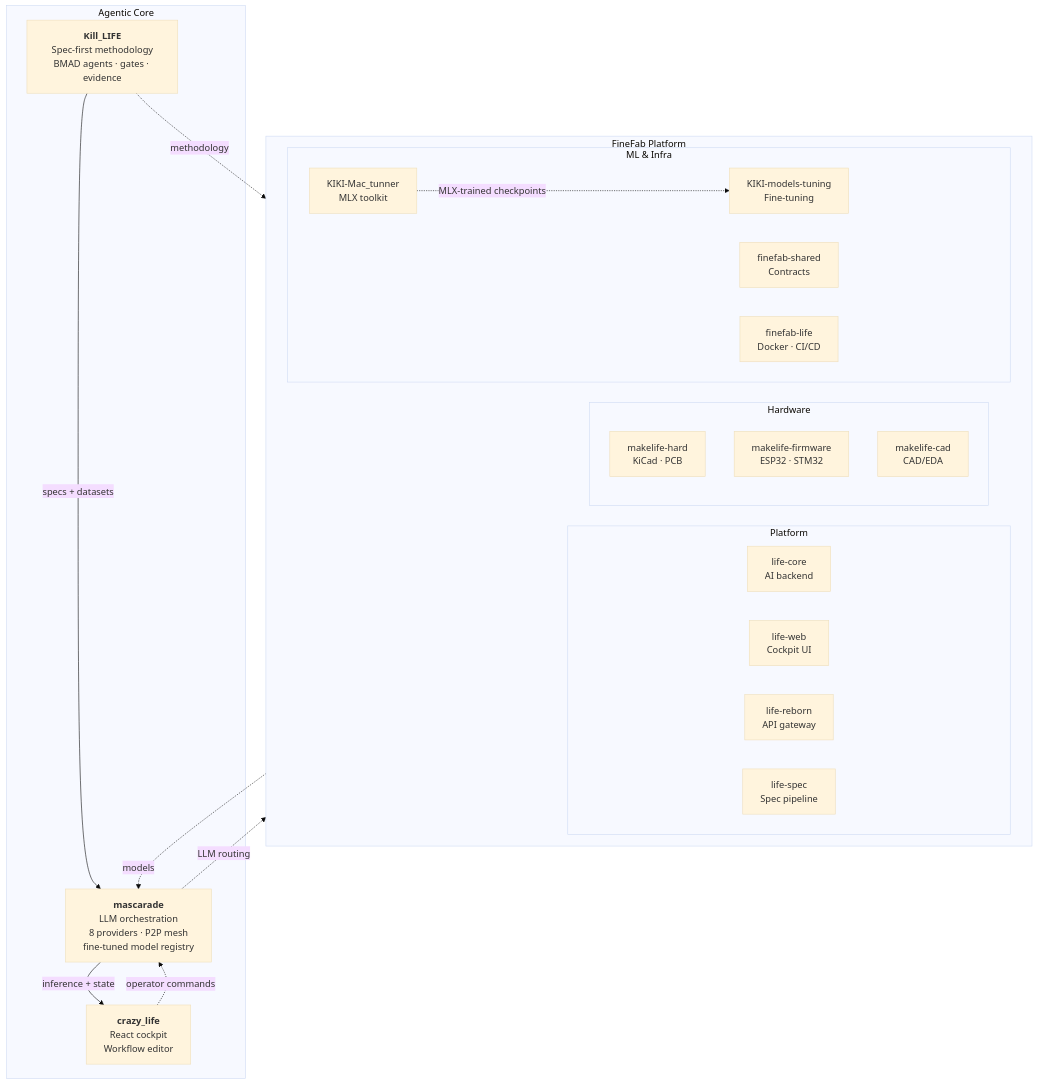
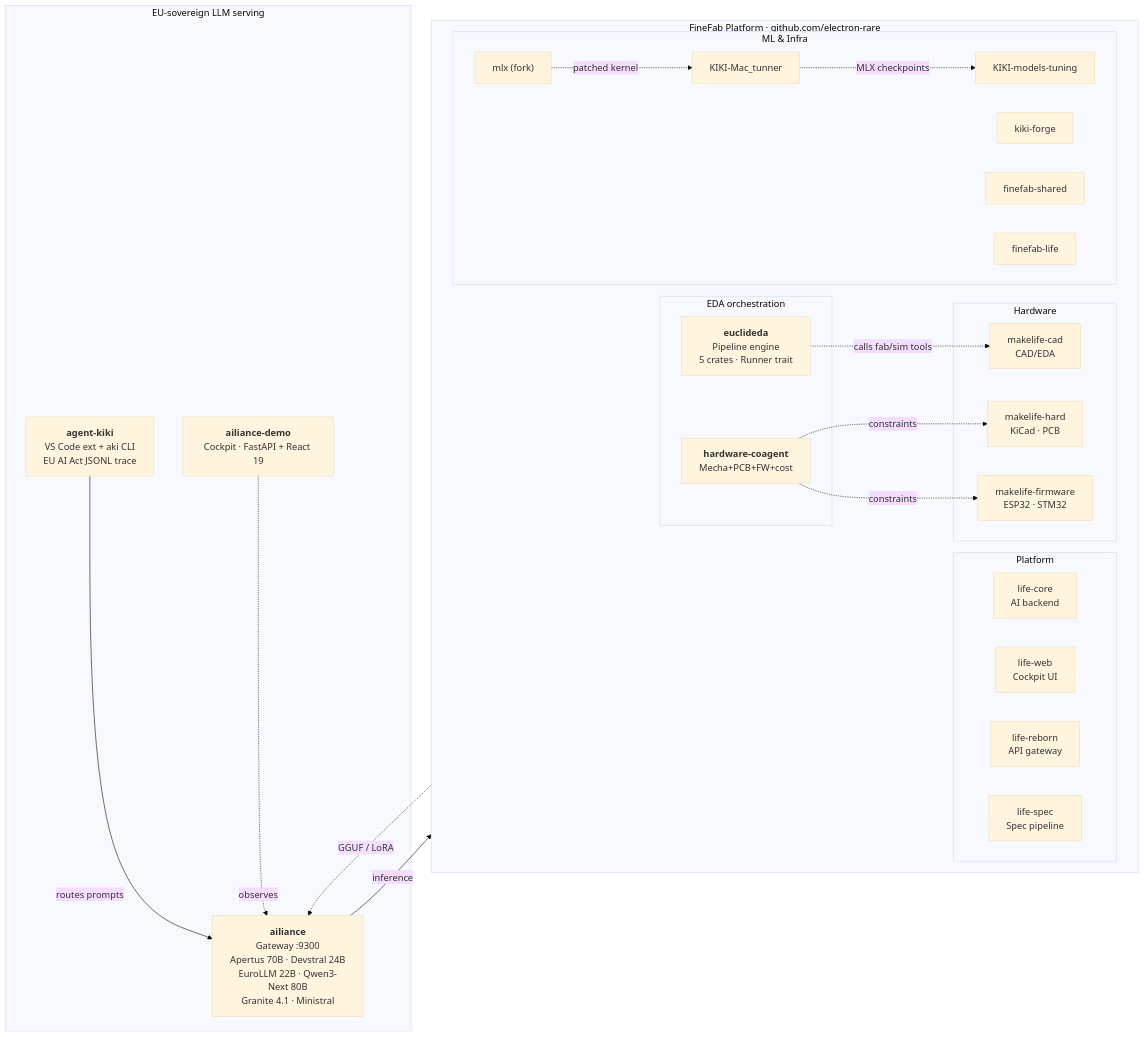
The diagram in profile/README.md (L-electron-Rare/.github), drawn with Mermaid (base theme) before and after one commit. The commit also changed other lines of this file, not shown here.

````diff
--- a/profile/README.md
+++ b/profile/README.md
@@ -48,37 +77,45 @@
 ```mermaid
 flowchart TB
-    subgraph core["Agentic Core"]
-        KL["<b>Kill_LIFE</b><br/>Spec-first methodology<br/>BMAD agents · gates · evidence"]
-        MA["<b>mascarade</b><br/>LLM orchestration<br/>8 providers · P2P mesh<br/>fine-tuned model registry"]
-        CL["<b>crazy_life</b><br/>React cockpit<br/>Workflow editor"]
+    subgraph serving["EU-sovereign LLM serving"]
+        AIL["<b>ailiance</b><br/>Gateway :9300<br/>Apertus 70B · Devstral 24B<br/>EuroLLM 22B · Qwen3-Next 80B<br/>Granite 4.1 · Ministral"]
+        DEMO["<b>ailiance-demo</b><br/>Cockpit · FastAPI + React 19"]
+        AK["<b>agent-kiki</b><br/>VS Code ext + aki CLI<br/>EU AI Act JSONL trace"]
     end
 
-    subgraph finefab["FineFab Platform"]
+    subgraph finefab["FineFab Platform · github.com/electron-rare"]
         direction LR
         subgraph platform["Platform"]
             LC["life-core<br/>AI backend"]
             LW["life-web<br/>Cockpit UI"]
             LR2["life-reborn<br/>API gateway"]
             LS["life-spec<br/>Spec pipeline"]
         end
         subgraph hardware["Hardware"]
             MH["makelife-hard<br/>KiCad · PCB"]
             MF["makelife-firmware<br/>ESP32 · STM32"]
             MC["makelife-cad<br/>CAD/EDA"]
         end
+        subgraph eda["EDA orchestration"]
+            EU["<b>euclideda</b><br/>Pipeline engine<br/>5 crates · Runner trait"]
+            HCA["<b>hardware-coagent</b><br/>Mecha+PCB+FW+cost"]
+        end
         subgraph ml["ML & Infra"]
-            KK["KIKI-models-tuning<br/>Fine-tuning"]
-            KM["KIKI-Mac_tunner<br/>MLX toolkit"]
-            FS["finefab-shared<br/>Contracts"]
-            FL["finefab-life<br/>Docker · CI/CD"]
+            KK["KIKI-models-tuning"]
+            KM["KIKI-Mac_tunner"]
+            KF["kiki-forge"]
+            MLX["mlx (fork)"]
+            FS["finefab-shared"]
+            FL["finefab-life"]
         end
     end
 
-    KL -- "specs + datasets" --> MA
-    MA -- "inference + state" --> CL
-    CL -. "operator commands" .-> MA
-    MA -. "LLM routing" .-> LC
-    KL -. "methodology" .-> LS
-    KK -. "models" .-> MA
-    KM -. "MLX-trained checkpoints" .-> KK
+    AK -- "routes prompts" --> AIL
+    AIL -- "inference" --> LC
+    DEMO -. "observes" .-> AIL
+    EU -. "calls fab/sim tools" .-> MC
+    HCA -. "constraints" .-> MH
+    HCA -. "constraints" .-> MF
+    KM -. "MLX checkpoints" .-> KK
+    KK -. "GGUF / LoRA" .-> AIL
+    MLX -. "patched kernel" .-> KM
 ```
````
